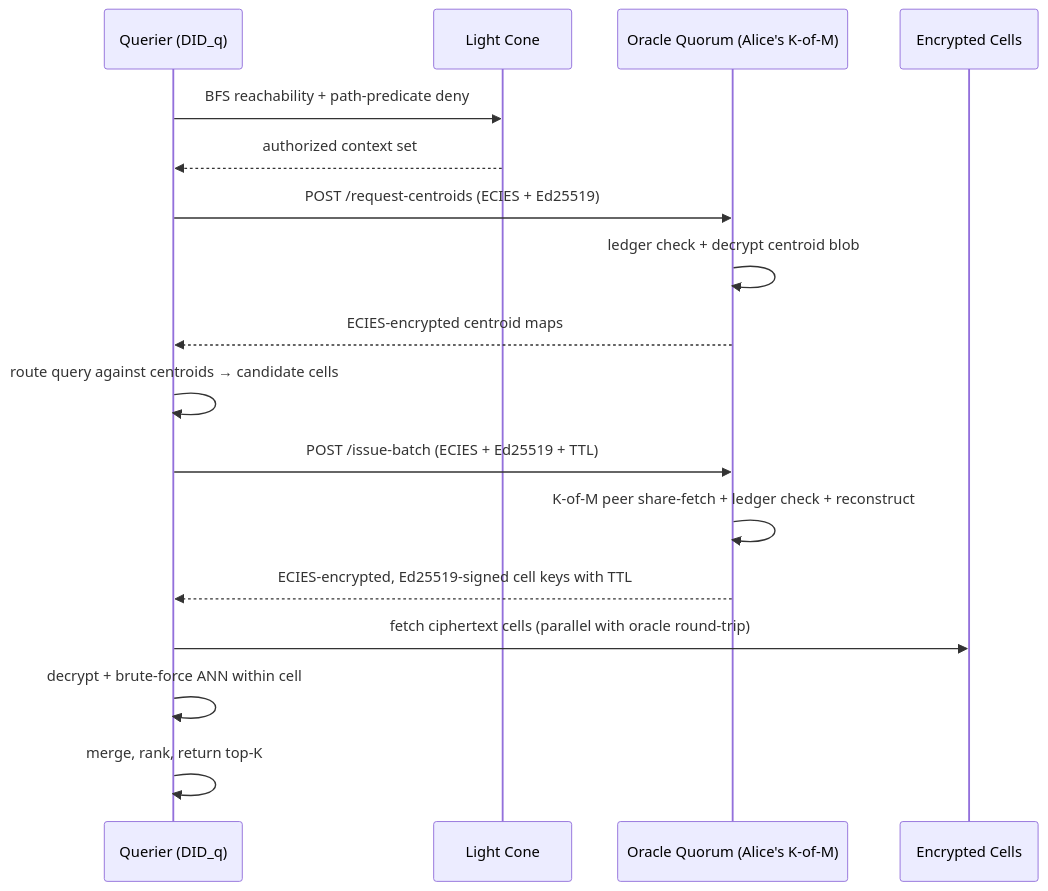
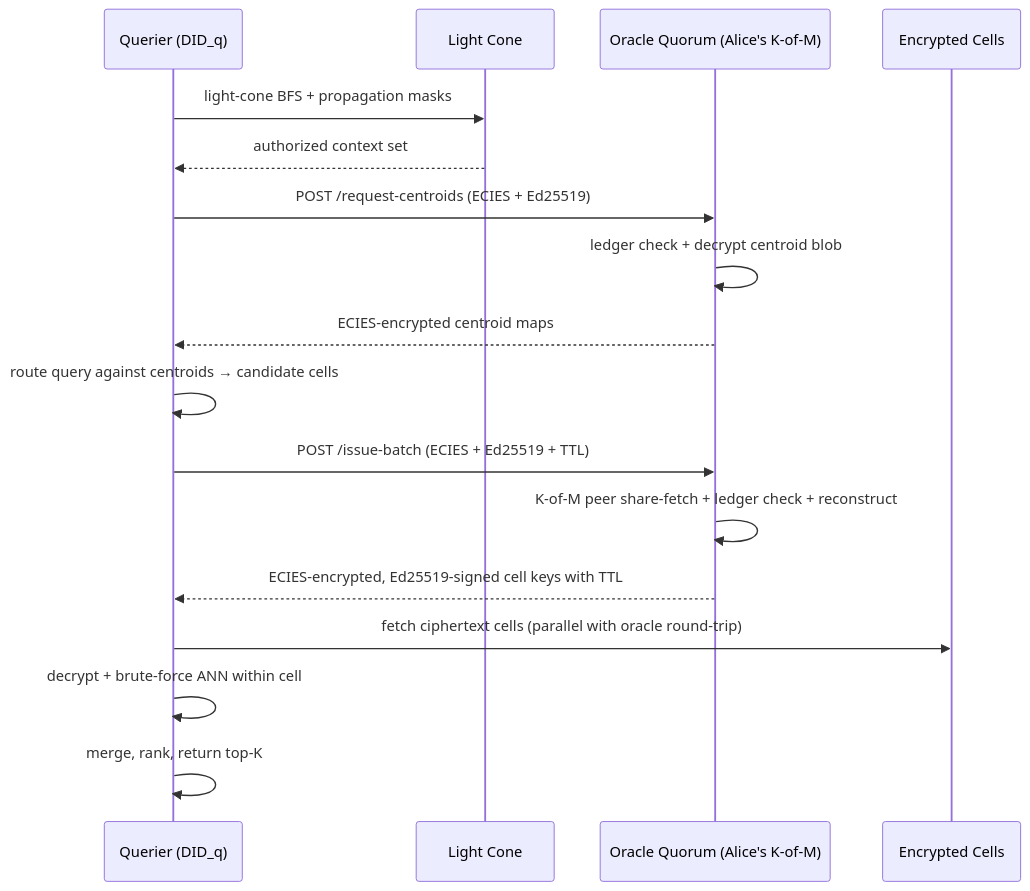
One commit to Agience/flare-index changed the second of 5 diagrams in paper/flare.md. Above: the diagram before and after it, drawn with Mermaid. The commit also changed other lines of this file and 10 other files, not shown here.

````diff
--- a/paper/flare.md
+++ b/paper/flare.md
@@ -77,19 +77,19 @@
 ```mermaid
 sequenceDiagram
     participant U as Querier (DID_q)
     participant L as Light Cone
     participant O as Oracle Quorum (Alice's K-of-M)
     participant SD as Encrypted Cells
-    U->>L: BFS reachability + path-predicate deny
+    U->>L: light-cone BFS + propagation masks
     L-->>U: authorized context set
     U->>O: POST /request-centroids (ECIES + Ed25519)
     O->>O: ledger check + decrypt centroid blob
     O-->>U: ECIES-encrypted centroid maps
     U->>U: route query against centroids → candidate cells
     U->>O: POST /issue-batch (ECIES + Ed25519 + TTL)
     O->>O: K-of-M peer share-fetch + ledger check + reconstruct
     O-->>U: ECIES-encrypted, Ed25519-signed cell keys with TTL
     U->>SD: fetch ciphertext cells (parallel with oracle round-trip)
     U->>U: decrypt + brute-force ANN within cell
     U->>U: merge, rank, return top-K
 ```
````
